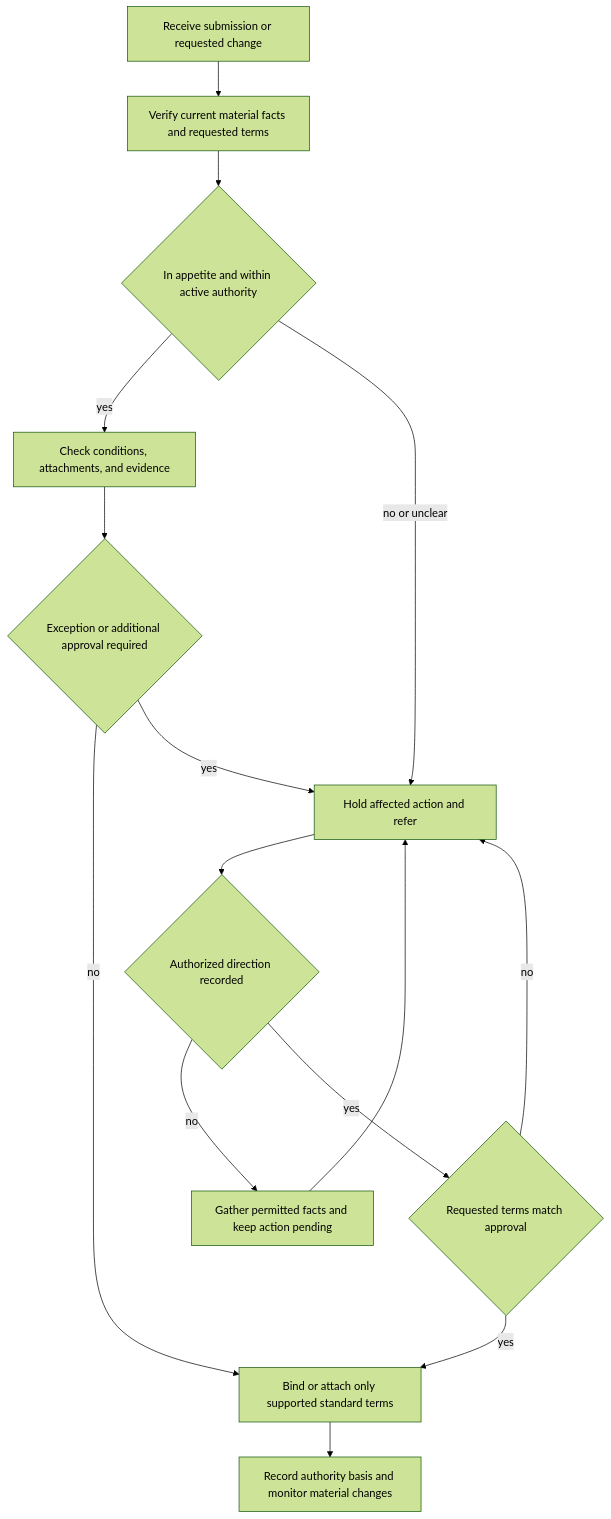
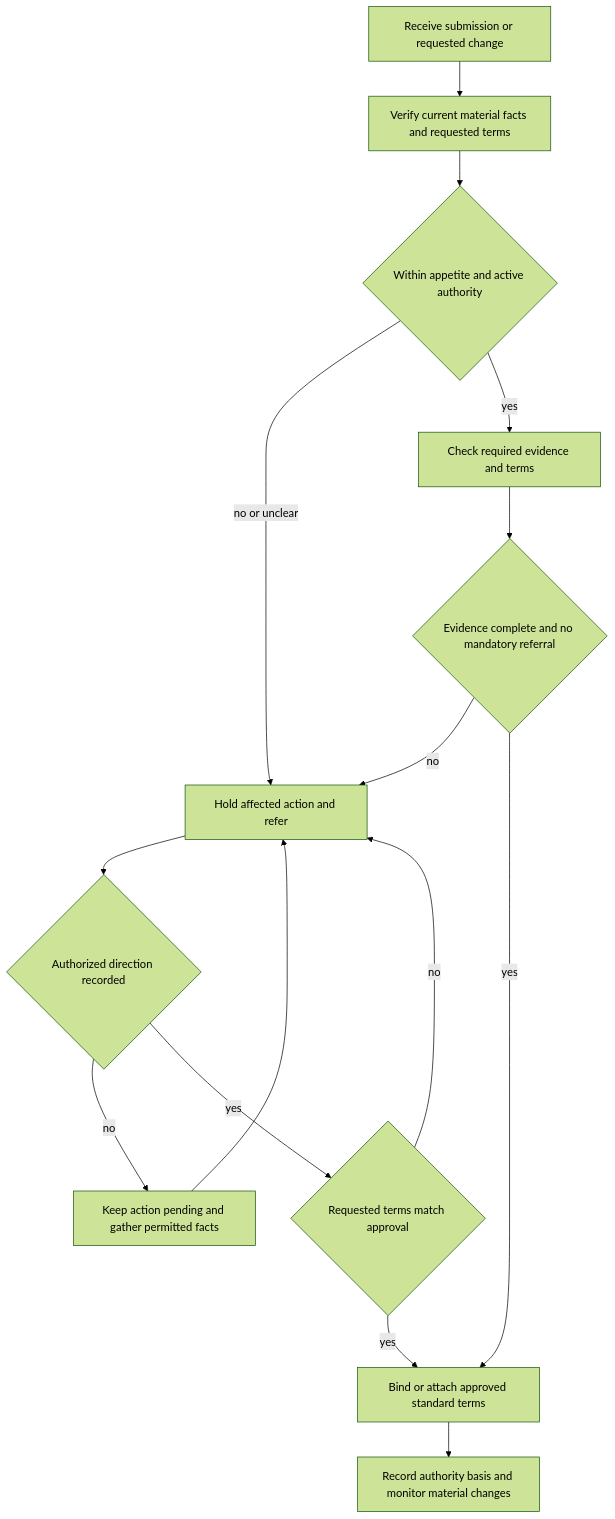
Before and after one commit to eugeneliu-86/openwiki-insurance-corpus: the diagram in openwiki/underwriting/guidelines/binding-authority.md, drawn with Mermaid (forest theme). The commit also changed other lines of this file and 109 other files, not shown here.

````diff
--- a/openwiki/underwriting/guidelines/binding-authority.md
+++ b/openwiki/underwriting/guidelines/binding-authority.md
@@ -32,17 +32,17 @@
 ```mermaid
 flowchart TD
     A["Receive submission or requested change"] --> B["Verify current material facts and requested terms"]
-    B --> C{"In appetite and within active authority"}
-    C -->|"yes"| D["Check conditions, attachments, and evidence"]
+    B --> C{"Within appetite and active authority"}
     C -->|"no or unclear"| E["Hold affected action and refer"]
-    D --> F{"Exception or additional approval required"}
-    F -->|"no"| G["Bind or attach only supported standard terms"]
-    F -->|"yes"| E
+    C -->|"yes"| D["Check required evidence and terms"]
+    D --> F{"Evidence complete and no mandatory referral"}
+    F -->|"no"| E
+    F -->|"yes"| G["Bind or attach approved standard terms"]
     E --> H{"Authorized direction recorded"}
-    H -->|"no"| I["Gather permitted facts and keep action pending"]
+    H -->|"no"| I["Keep action pending and gather permitted facts"]
     I --> E
     H -->|"yes"| J{"Requested terms match approval"}
+    J -->|"no"| E
     J -->|"yes"| G
-    J -->|"no"| E
     G --> K["Record authority basis and monitor material changes"]
 ```
````
